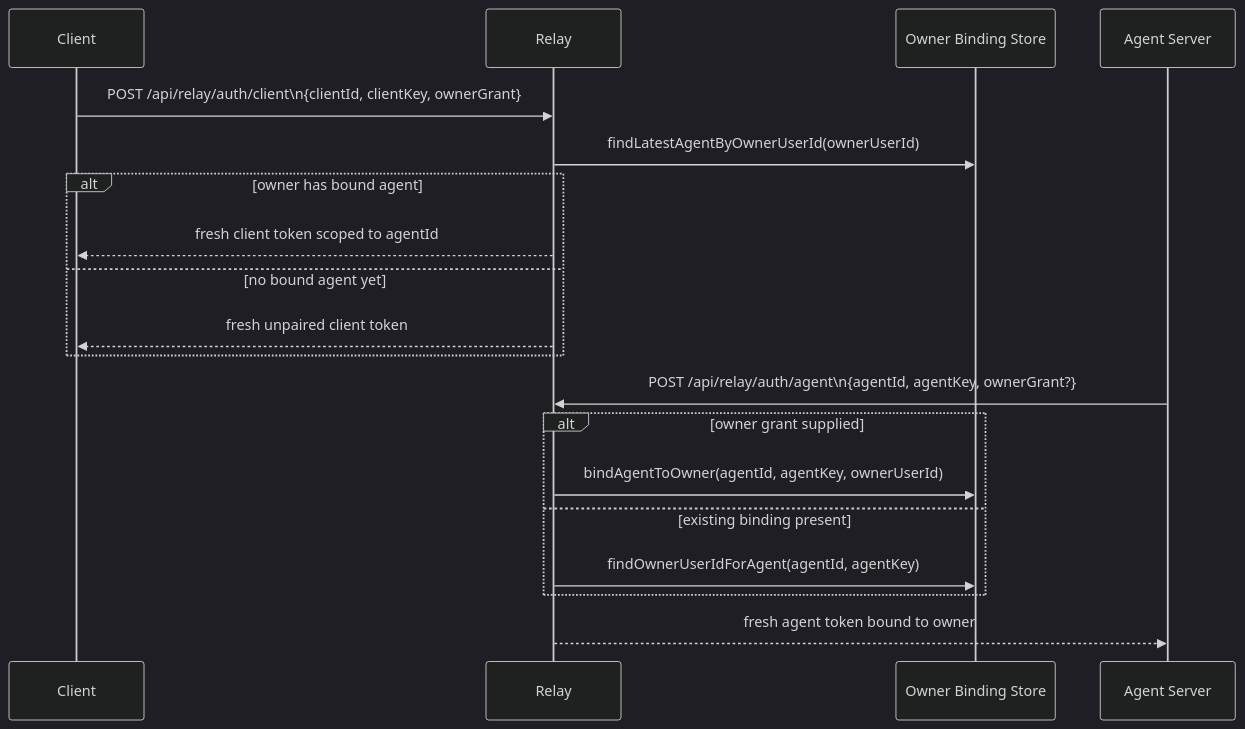
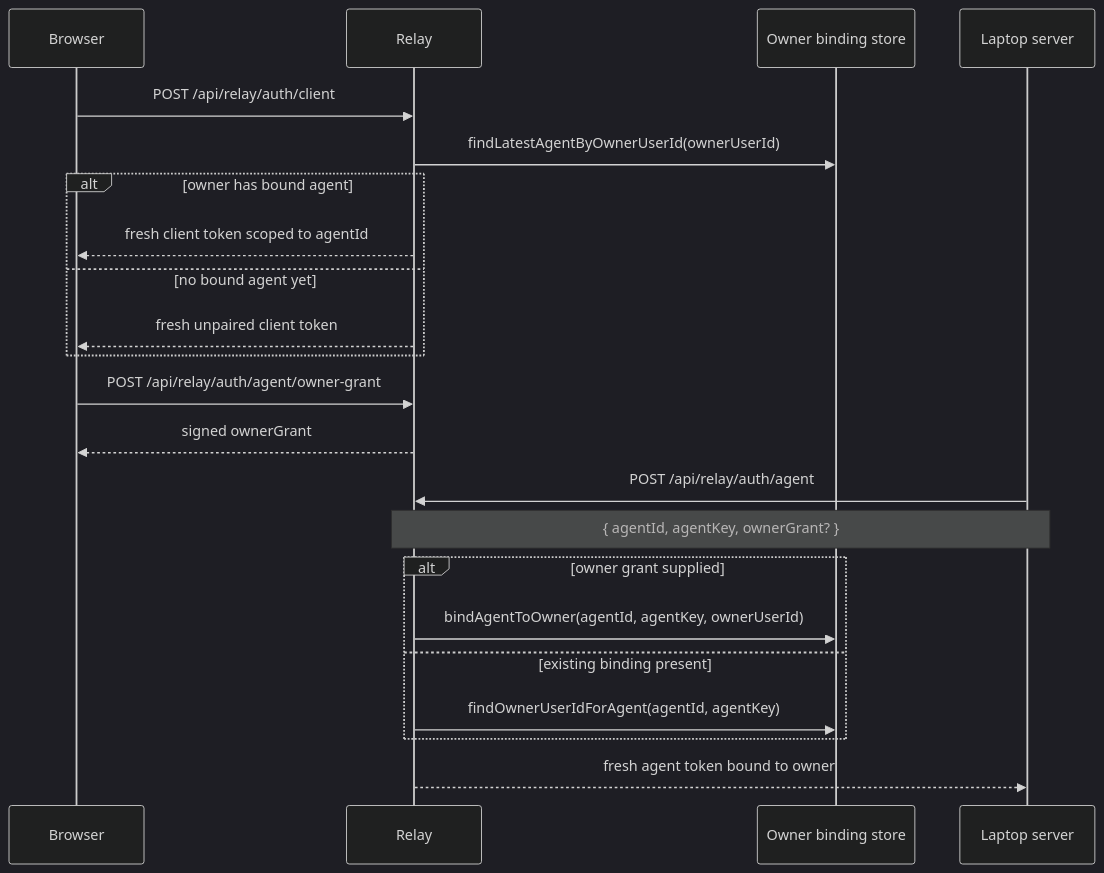
One commit to MuzzammilRafiq/apreal changed the diagram in docs/relay-server-architecture/02-auth-and-pairing.md. Above: the diagram before and after it, drawn with Mermaid (dark theme). The commit also changed other lines of this file and 11 other files, not shown here.

````diff
--- a/docs/relay-server-architecture/02-auth-and-pairing.md
+++ b/docs/relay-server-architecture/02-auth-and-pairing.md
@@ -120,23 +153,27 @@
 ```mermaid
 sequenceDiagram
-    participant C as Client
-    participant R as Relay
-    participant B as Owner Binding Store
-    participant A as Agent Server
+    participant Browser as Browser
+    participant Relay as Relay
+    participant Store as Owner binding store
+    participant Server as Laptop server
 
-    C->>R: POST /api/relay/auth/client\n{clientId, clientKey, ownerGrant}
-    R->>B: findLatestAgentByOwnerUserId(ownerUserId)
+    Browser->>Relay: POST /api/relay/auth/client
+    Relay->>Store: findLatestAgentByOwnerUserId(ownerUserId)
     alt owner has bound agent
-        R-->>C: fresh client token scoped to agentId
+        Relay-->>Browser: fresh client token scoped to agentId
     else no bound agent yet
-        R-->>C: fresh unpaired client token
+        Relay-->>Browser: fresh unpaired client token
     end
 
-    A->>R: POST /api/relay/auth/agent\n{agentId, agentKey, ownerGrant?}
+    Browser->>Relay: POST /api/relay/auth/agent/owner-grant
+    Relay-->>Browser: signed ownerGrant
+
+    Server->>Relay: POST /api/relay/auth/agent
+    Note over Server,Relay: { agentId, agentKey, ownerGrant? }
     alt owner grant supplied
-        R->>B: bindAgentToOwner(agentId, agentKey, ownerUserId)
+        Relay->>Store: bindAgentToOwner(agentId, agentKey, ownerUserId)
     else existing binding present
-        R->>B: findOwnerUserIdForAgent(agentId, agentKey)
+        Relay->>Store: findOwnerUserIdForAgent(agentId, agentKey)
     end
-    R-->>A: fresh agent token bound to owner
+    Relay-->>Server: fresh agent token bound to owner
 ```
````
